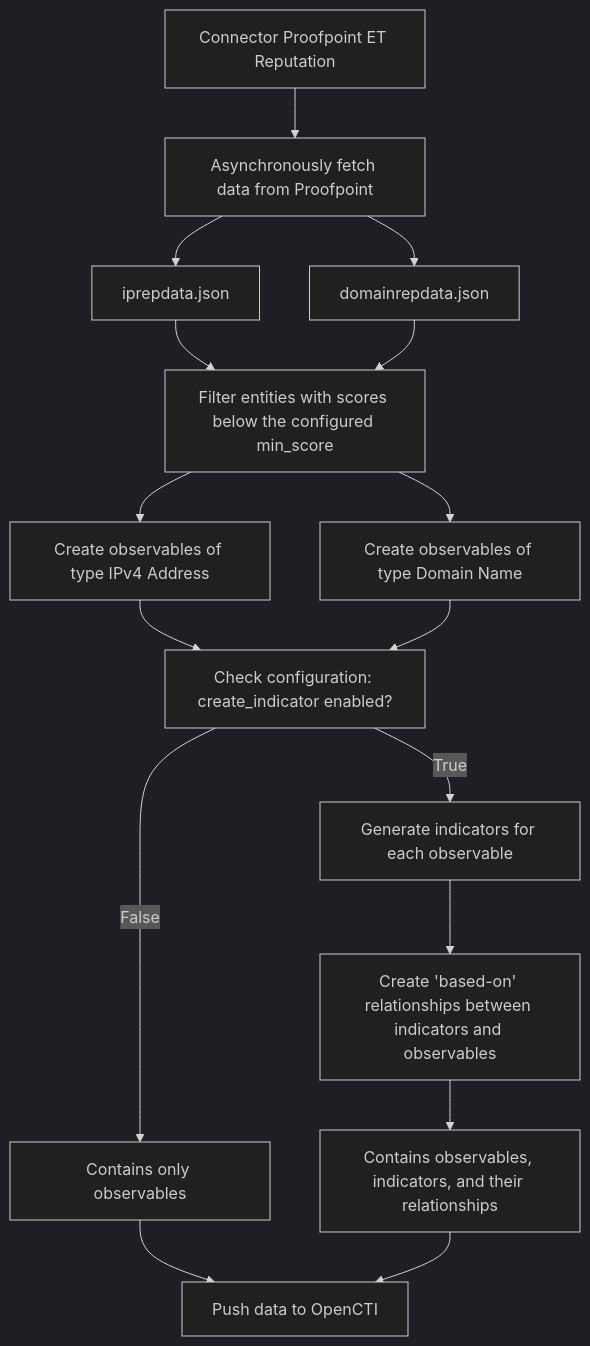
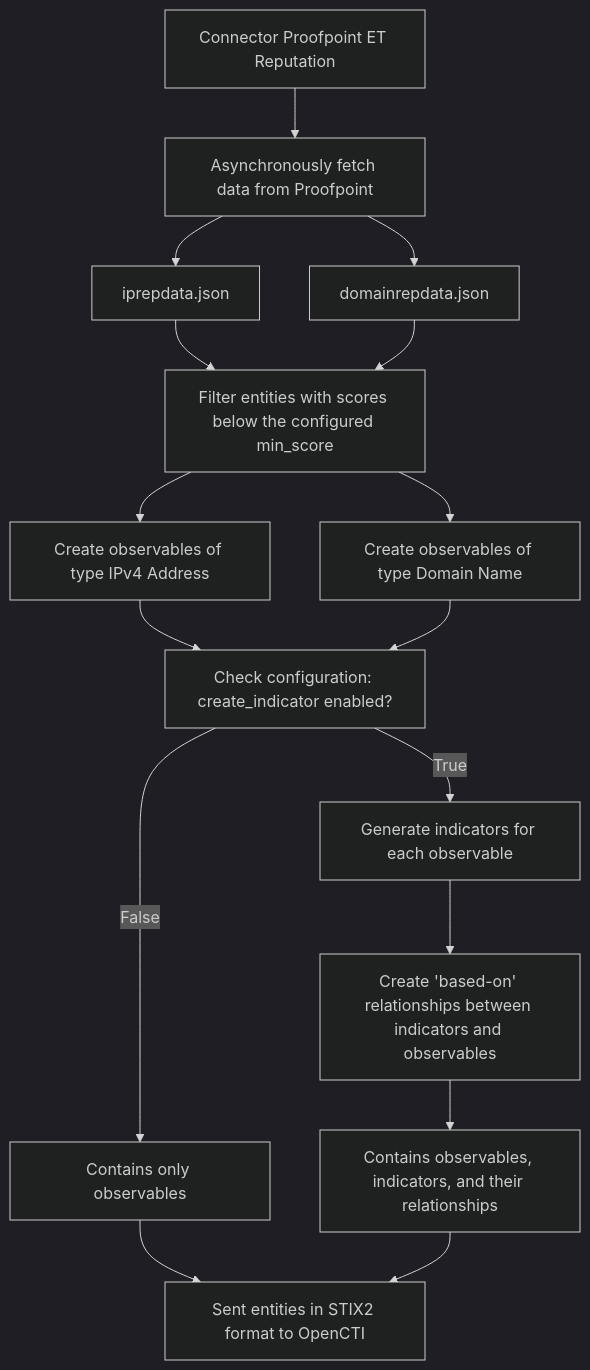
Before and after one commit to OpenCTI-Platform/connectors: the diagram in external-import/proofpoint-et-reputation/README.md, drawn with Mermaid (dark theme).

Commit message:
[ProofPoint-ET-Reputation] Update readme

````diff
--- a/external-import/proofpoint-et-reputation/README.md
+++ b/external-import/proofpoint-et-reputation/README.md
@@ -166,20 +166,19 @@
 ```mermaid
 flowchart TD
     A[Connector Proofpoint ET Reputation] --> B[Asynchronously fetch data from Proofpoint]
     B --> C["iprepdata.json"]
     B --> D["domainrepdata.json"]
     C --> O[Filter entities with scores below the configured min_score]
     D --> O
     O --> E[Create observables of type IPv4 Address]
     O --> F[Create observables of type Domain Name]
     E --> H[Check configuration: create_indicator enabled?]
     F --> H
     H -- True --> I[Generate indicators for each observable]
     I --> J[Create 'based-on' relationships between indicators and observables]
     H -- False --> K[Contains only observables]
     L[Contains observables, indicators, and their relationships]
     J --> L
-    K --> M[Send entities in STIX2 format to OpenCTI]
+    K --> M[Sent entities in STIX2 format to OpenCTI]
     L --> M
-    M[Push data to OpenCTI]
 ```
````
